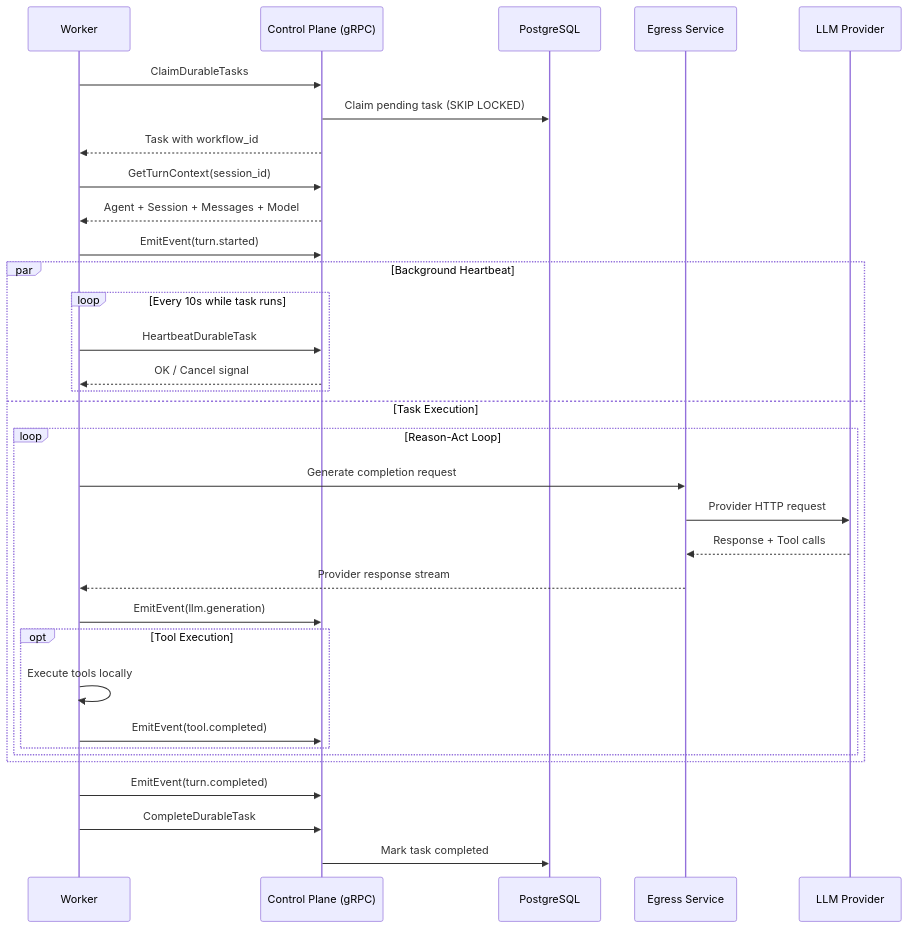
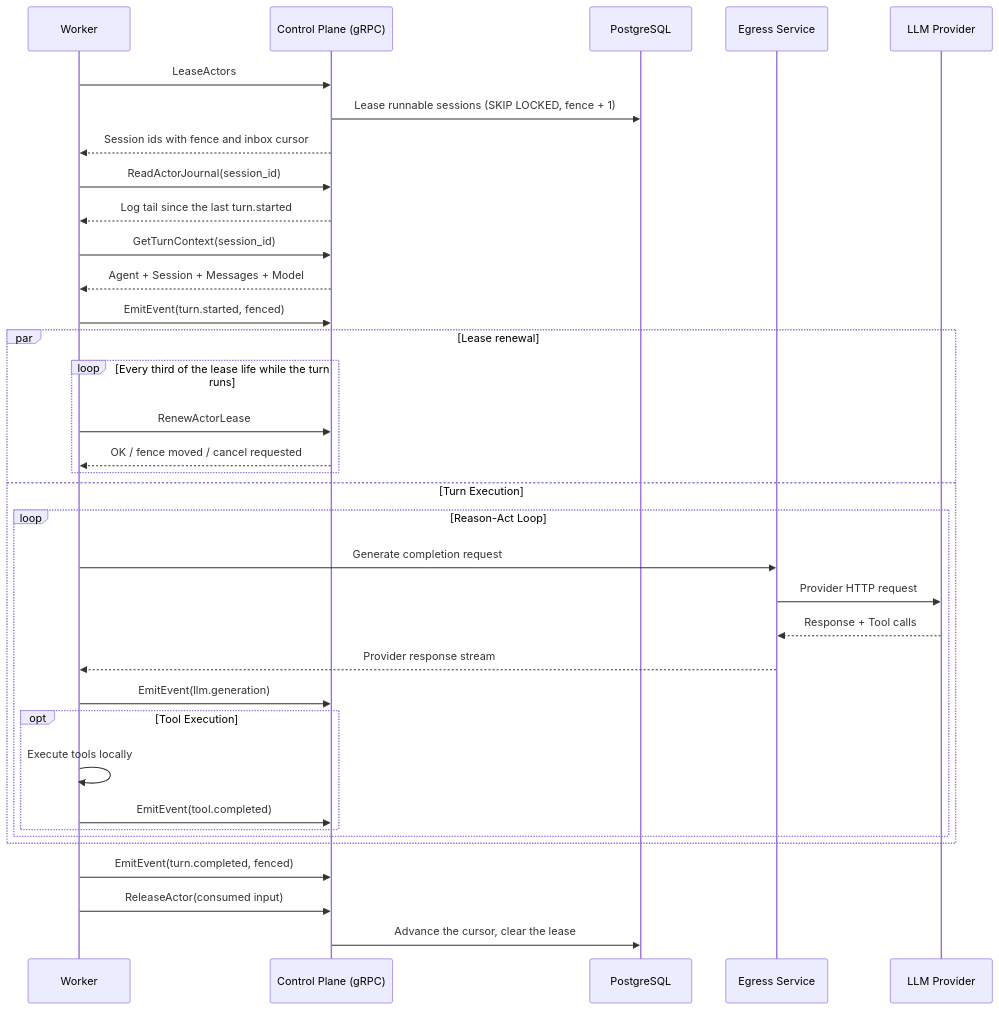
The third of 3 diagrams in knowledge/foundations/architecture.md (everruns/everruns), drawn with Mermaid before and after one commit. The commit also changed other lines of this file and 13 other files, not shown here.

````diff
--- a/knowledge/foundations/architecture.md
+++ b/knowledge/foundations/architecture.md
@@ -367,39 +363,41 @@
 ```mermaid
 sequenceDiagram
     participant W as Worker
     participant CP as Control Plane (gRPC)
     participant DB as PostgreSQL
     participant EG as Egress Service
     participant LLM as LLM Provider
 
-    W->>CP: ClaimDurableTasks
-    CP->>DB: Claim pending task (SKIP LOCKED)
-    CP-->>W: Task with workflow_id
+    W->>CP: LeaseActors
+    CP->>DB: Lease runnable sessions (SKIP LOCKED, fence + 1)
+    CP-->>W: Session ids with fence and inbox cursor
+    W->>CP: ReadActorJournal(session_id)
+    CP-->>W: Log tail since the last turn.started
     W->>CP: GetTurnContext(session_id)
     CP-->>W: Agent + Session + Messages + Model
-    W->>CP: EmitEvent(turn.started)
+    W->>CP: EmitEvent(turn.started, fenced)
 
-    par Background Heartbeat
-        loop Every 10s while task runs
-            W->>CP: HeartbeatDurableTask
-            CP-->>W: OK / Cancel signal
+    par Lease renewal
+        loop Every third of the lease life while the turn runs
+            W->>CP: RenewActorLease
+            CP-->>W: OK / fence moved / cancel requested
         end
-    and Task Execution
+    and Turn Execution
         loop Reason-Act Loop
             W->>EG: Generate completion request
             EG->>LLM: Provider HTTP request
             LLM-->>EG: Response + Tool calls
             EG-->>W: Provider response stream
             W->>CP: EmitEvent(llm.generation)
 
             opt Tool Execution
                 W->>W: Execute tools locally
                 W->>CP: EmitEvent(tool.completed)
             end
         end
     end
 
-    W->>CP: EmitEvent(turn.completed)
-    W->>CP: CompleteDurableTask
-    CP->>DB: Mark task completed
+    W->>CP: EmitEvent(turn.completed, fenced)
+    W->>CP: ReleaseActor(consumed input)
+    CP->>DB: Advance the cursor, clear the lease
 ```
````
